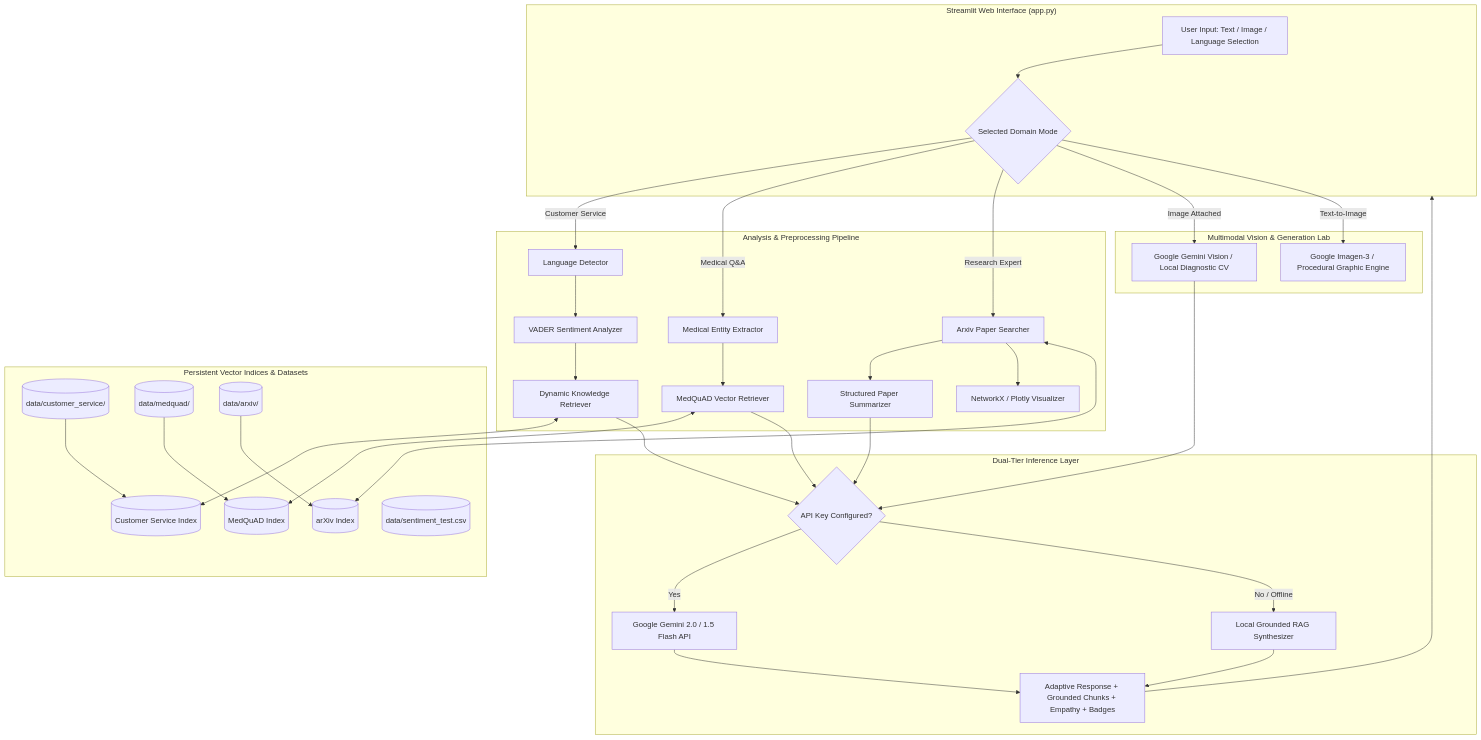
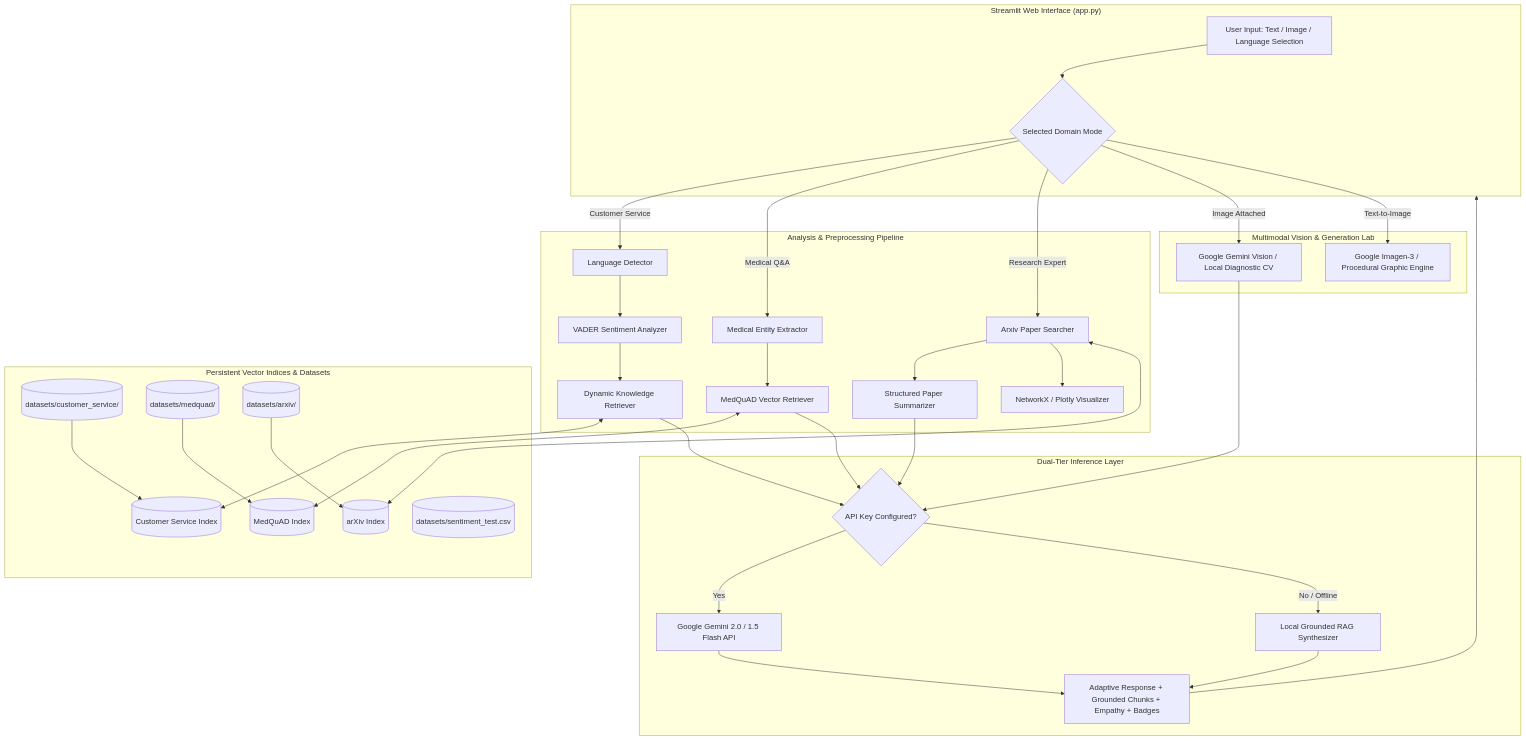
The diagram in report/project_report.md (Alvira-Parveen/Real-Time_GenAI_Customer_Service_Bot), drawn with Mermaid before and after one commit. The commit also changed other lines of this file and 44 other files, not shown here.

````diff
--- a/report/project_report.md
+++ b/report/project_report.md
@@ -72,50 +72,50 @@
 ```mermaid
 flowchart TD
     subgraph UI ["Streamlit Web Interface (app.py)"]
         A[User Input: Text / Image / Language Selection] --> B{Selected Domain Mode}
     end
 
     subgraph Core ["Analysis & Preprocessing Pipeline"]
         B -->|Customer Service| C1[Language Detector]
         C1 --> C2[VADER Sentiment Analyzer]
         C2 --> C3[Dynamic Knowledge Retriever]
         
         B -->|Medical Q&A| M1[Medical Entity Extractor]
         M1 --> M2[MedQuAD Vector Retriever]
         
         B -->|Research Expert| R1[Arxiv Paper Searcher]
         R1 --> R2[Structured Paper Summarizer]
         R1 --> R3[NetworkX / Plotly Visualizer]
     end
 
     subgraph Storage ["Persistent Vector Indices & Datasets"]
-        KB_DATA[(data/customer_service/)] --> KB_IDX[(Customer Service Index)]
-        MED_DATA[(data/medquad/)] --> MED_IDX[(MedQuAD Index)]
-        ARXIV_DATA[(data/arxiv/)] --> ARXIV_IDX[(arXiv Index)]
-        SENT_DATA[(data/sentiment_test.csv)]
+        KB_DATA[(datasets/customer_service/)] --> KB_IDX[(Customer Service Index)]
+        MED_DATA[(datasets/medquad/)] --> MED_IDX[(MedQuAD Index)]
+        ARXIV_DATA[(datasets/arxiv/)] --> ARXIV_IDX[(arXiv Index)]
+        SENT_DATA[(datasets/sentiment_test.csv)]
         
         C3 <--> KB_IDX
         M2 <--> MED_IDX
         R1 <--> ARXIV_IDX
     end
 
     subgraph Multimodal ["Multimodal Vision & Generation Lab"]
         B -->|Image Attached| V1[Google Gemini Vision / Local Diagnostic CV]
         B -->|Text-to-Image| V2[Google Imagen-3 / Procedural Graphic Engine]
     end
 
     subgraph LLM ["Dual-Tier Inference Layer"]
         C3 --> L1{API Key Configured?}
         M2 --> L1
         R2 --> L1
         V1 --> L1
         
         L1 -->|Yes| G1[Google Gemini 2.0 / 1.5 Flash API]
         L1 -->|No / Offline| G2[Local Grounded RAG Synthesizer]
         
         G1 --> RESP[Adaptive Response + Grounded Chunks + Empathy + Badges]
         G2 --> RESP
     end
 
     RESP --> UI
 ```
````
